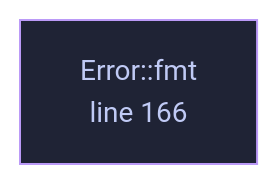
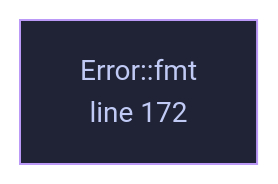
Before and after one commit to tilas01/veilvoice: the diagram in docs/files/veilvoice-crypto/lib.md, drawn with Mermaid. The commit also changed other lines of this file and 69 other files, not shown here.

````diff
--- a/docs/files/veilvoice-crypto/lib.md
+++ b/docs/files/veilvoice-crypto/lib.md
@@ -118,8 +118,8 @@
 ```mermaid
 %%{init: {"theme":"base","themeVariables":{"background":"#1a1b26","primaryColor":"#1f2335","primaryTextColor":"#c0caf5","primaryBorderColor":"#7aa2f7","secondaryColor":"#16161e","tertiaryColor":"#16161e","lineColor":"#737aa2","textColor":"#c0caf5","mainBkg":"#1f2335","nodeBorder":"#7aa2f7","clusterBkg":"#16161e","clusterBorder":"#2f3549","fontFamily":"ui-monospace, SFMono-Regular, Consolas, monospace","fontSize":"14px"}}}%%
 flowchart TD
-    n_fmt["Error::fmt<br/>line 166"]
-    click n_fmt href "https://github.com/tilas01/veilvoice/blob/main/crates/veilvoice-crypto/src/lib.rs#L166" "open the source"
+    n_fmt["Error::fmt<br/>line 172"]
+    click n_fmt href "https://github.com/tilas01/veilvoice/blob/main/crates/veilvoice-crypto/src/lib.rs#L172" "open the source"
     classDef helper fill:#1f2335,stroke:#bb9af7,color:#c0caf5
     class n_fmt helper
 ```
````
